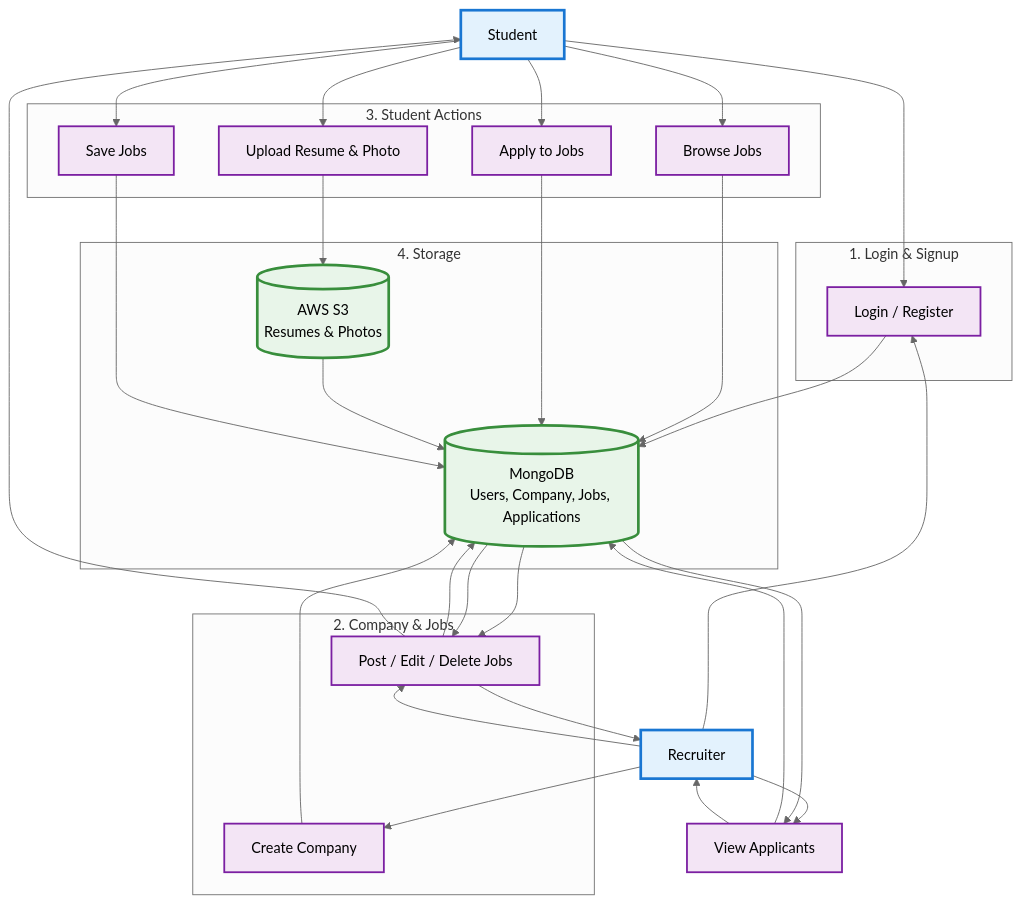
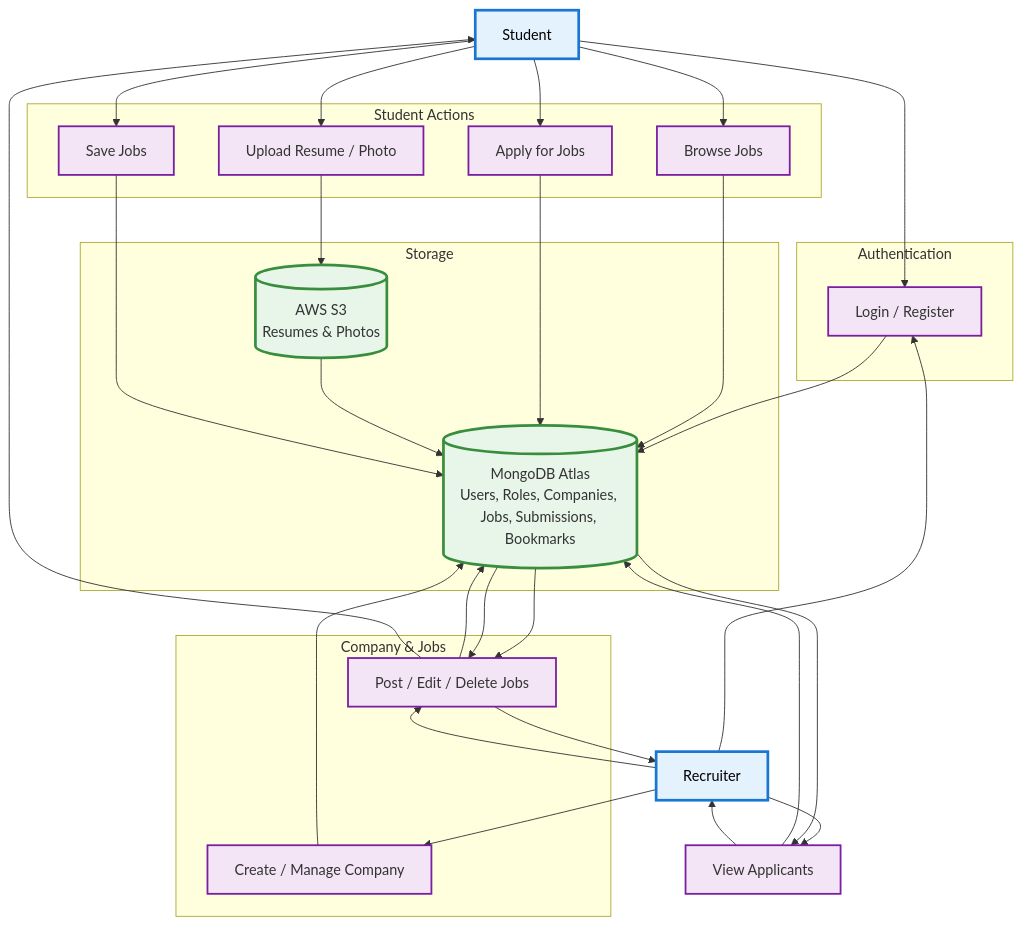
Before and after one commit to kamlesh-chandel/job-portal-app-mkdocs: the second of 3 diagrams in docs/data_flow_diagram.md, drawn with Mermaid. The commit also changed other lines of this file and 20 other files, not shown here.

Commit message:
docs: add architecture diagram and three dfd diagram

````diff
--- a/docs/data_flow_diagram.md
+++ b/docs/data_flow_diagram.md
@@ -1,61 +49,56 @@
 ```mermaid
----
-config:
-  theme: neutral
----
-
 flowchart TD
     %% Users
-    A[Student] 
+    A[Student]
     B[Recruiter]
 
-    %% Main Features
-    subgraph "1. Login & Signup"
+    %% Main Processes
+    subgraph "Authentication"
         Login[Login / Register]
     end
 
-    subgraph "2. Company & Jobs"
-        Company[Create Company]
+    subgraph "Company & Jobs"
+        Company[Create / Manage Company]
         Jobs[Post / Edit / Delete Jobs]
     end
 
-    subgraph "3. Student Actions"
+    subgraph "Student Actions"
         Browse[Browse Jobs]
-        Apply[Apply to Jobs]
-        Upload[Upload Resume & Photo]
+        Apply[Apply for Jobs]
+        Upload[Upload Resume / Photo]
         Save[Save Jobs]
     end
 
-    subgraph "4. Storage"
-        DB[(MongoDB<br>Users, Company, Jobs, Applications)]
+    subgraph "Storage"
+        DB[(MongoDB Atlas<br>Users, Roles, Companies, Jobs, Submissions, Bookmarks )]
         S3[(AWS S3<br>Resumes & Photos)]
     end
 
-    %% Simple Flows
+    %% Flows
     A --> Login
     B --> Login
     Login --> DB
 
     B --> Company --> DB
     B --> Jobs --> DB
 
     A --> Browse --> DB
     A --> Apply --> DB
     A --> Upload --> S3 --> DB
     A --> Save --> DB
 
     B --> ViewApps[View Applicants] --> DB
 
     DB --> Jobs --> A
     DB --> Jobs --> B
     DB --> ViewApps --> B
 
-    %% Beautiful Styling
+    %% Styles
     classDef user fill:#e3f2fd,stroke:#1976d2,stroke-width:3px,color:#000;
-    classDef feature fill:#f3e5f5,stroke:#7b1fa2,stroke-width:2px;
+    classDef process fill:#f3e5f5,stroke:#7b1fa2,stroke-width:2px;
     classDef storage fill:#e8f5e9,stroke:#388e3c,stroke-width:3px;
-    
+
     class A,B user
-    class Login,Company,Jobs,Browse,Apply,Upload,Save,ViewApps feature
+    class Login,Company,Jobs,Browse,Apply,Upload,Save,ViewApps process
     class DB,S3 storage
 ```
````
